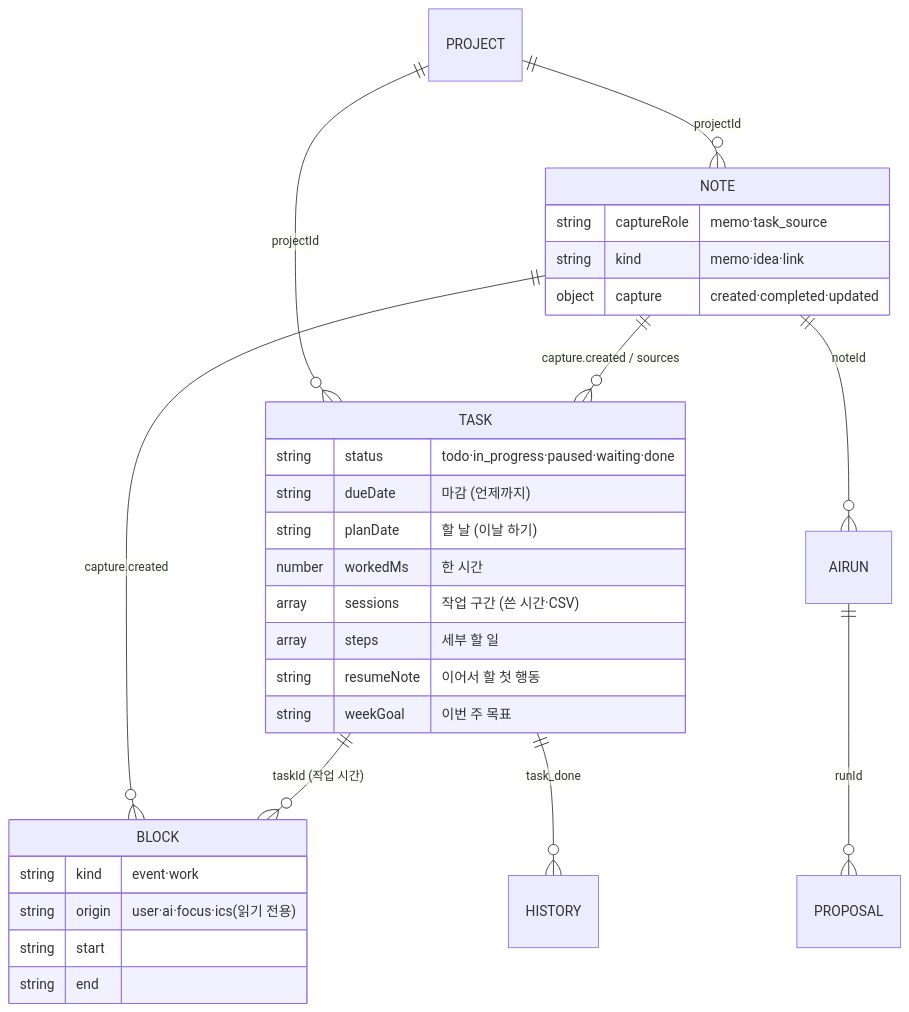
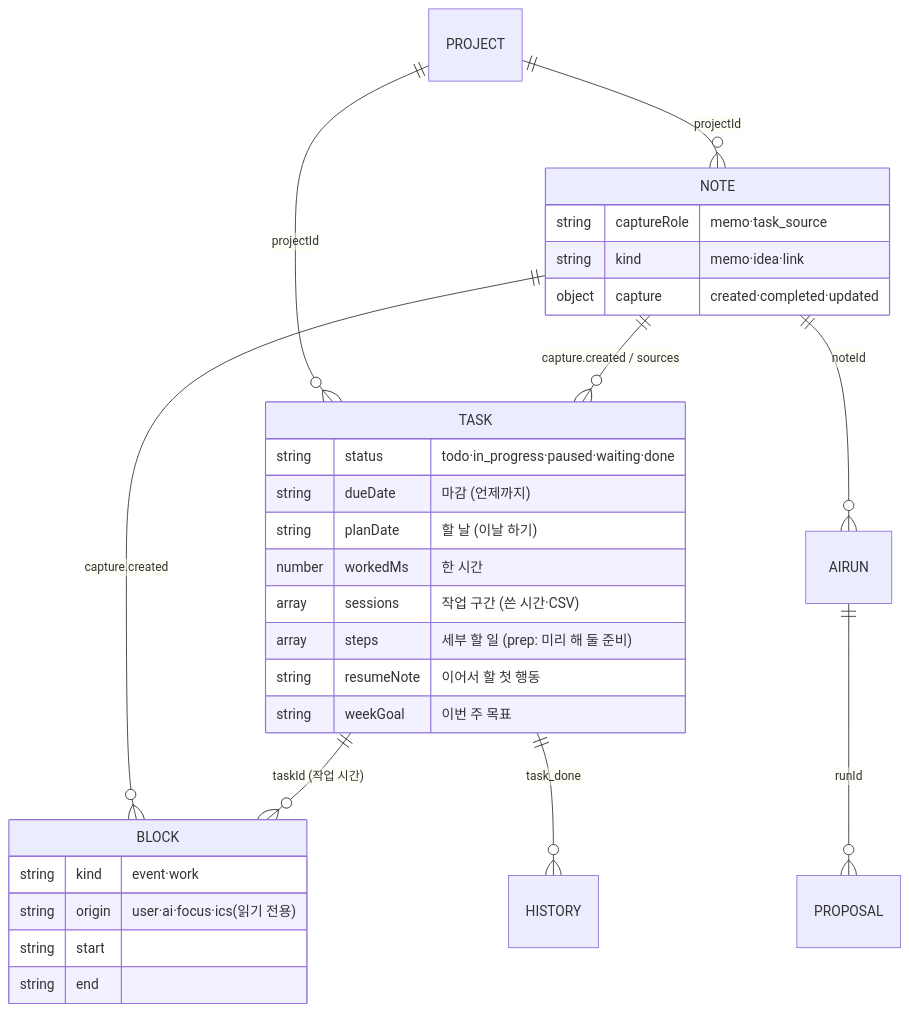
Before and after one commit to Alta-kr/famem: the fourth of 4 diagrams in daynote/ARCHITECTURE.md, drawn with Mermaid. The commit also changed other lines of this file and 19 other files, not shown here.

````diff
--- a/daynote/ARCHITECTURE.md
+++ b/daynote/ARCHITECTURE.md
@@ -160,32 +160,32 @@
 ```mermaid
 erDiagram
   PROJECT ||--o{ TASK : projectId
   PROJECT ||--o{ NOTE : projectId
   NOTE ||--o{ TASK : "capture.created / sources"
   NOTE ||--o{ BLOCK : "capture.created"
   TASK ||--o{ BLOCK : "taskId (작업 시간)"
   TASK ||--o{ HISTORY : "task_done"
   NOTE ||--o{ AIRUN : noteId
   AIRUN ||--o{ PROPOSAL : runId
   TASK {
     string status "todo·in_progress·paused·waiting·done"
     string dueDate "마감 (언제까지)"
     string planDate "할 날 (이날 하기)"
     number workedMs "한 시간"
     array sessions "작업 구간 (쓴 시간·CSV)"
-    array steps "세부 할 일"
+    array steps "세부 할 일 (prep: 미리 해 둘 준비)"
     string resumeNote "이어서 할 첫 행동"
     string weekGoal "이번 주 목표"
   }
   NOTE {
     string captureRole "memo·task_source"
     string kind "memo·idea·link"
     object capture "created·completed·updated"
   }
   BLOCK {
     string kind "event·work"
     string origin "user·ai·focus·ics(읽기 전용)"
     string start
     string end
   }
 ```
````
